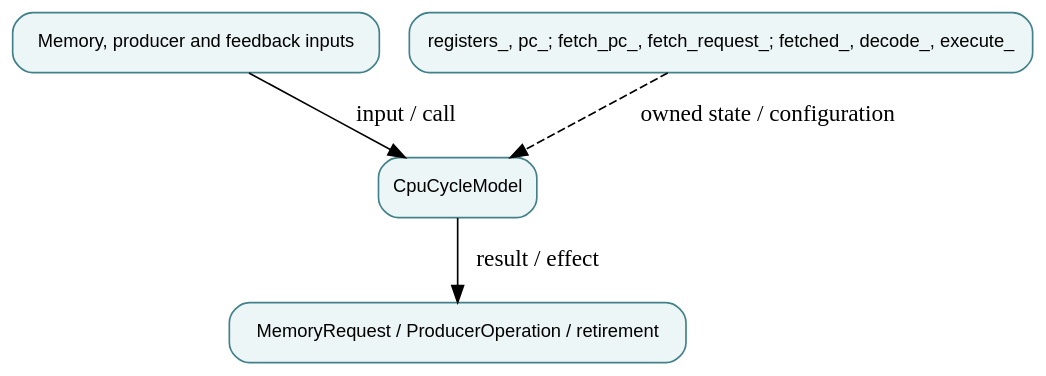
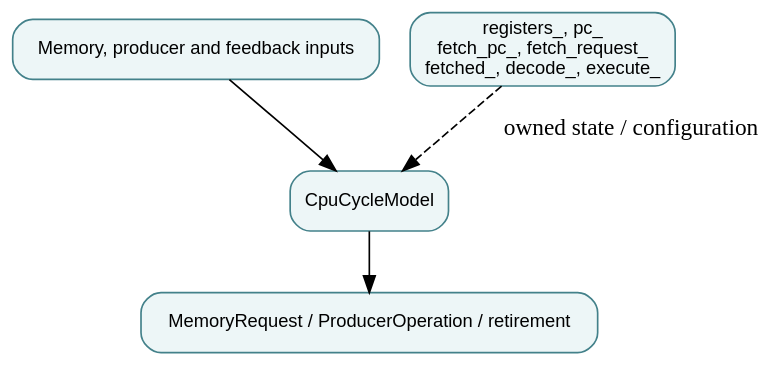
One commit to qsbit-org/qsbit-sim changed the diagram in docs/modules/cpu-cycle-model.md. Above: the diagram before and after it, drawn with Graphviz. The commit also changed other lines of this file and 41 other files, not shown here.

````diff
--- a/docs/modules/cpu-cycle-model.md
+++ b/docs/modules/cpu-cycle-model.md
@@ -17,11 +20,11 @@
 ```{graphviz}
 digraph module {
   rankdir=TB; bgcolor="transparent";
   node [shape=box, style="rounded,filled", fillcolor="#edf6f7", color="#43818a", fontname="sans-serif", fontsize=11];
   input [label="Memory, producer and feedback inputs"];
   owner [label="CpuCycleModel"];
-  state [label="registers_, pc_; fetch_pc_, fetch_request_; fetched_, decode_, execute_"];
+  state [label="registers_, pc_\nfetch_pc_, fetch_request_\nfetched_, decode_, execute_"];
   output [label="MemoryRequest / ProducerOperation / retirement"];
-  input -> owner [label="input / call"]; owner -> output [label="result / effect"]; state -> owner [style=dashed, label="owned state / configuration"];
+  input -> owner; owner -> output; state -> owner [style=dashed, label="owned state / configuration"];
 }
 ```
````
